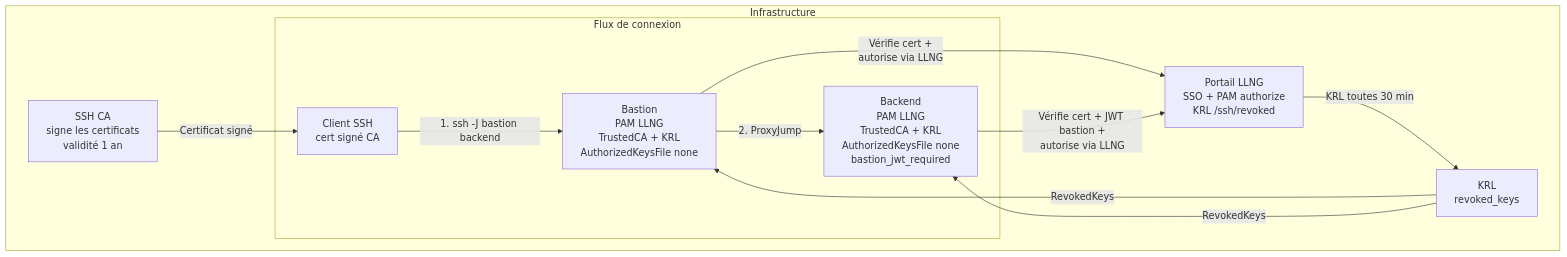
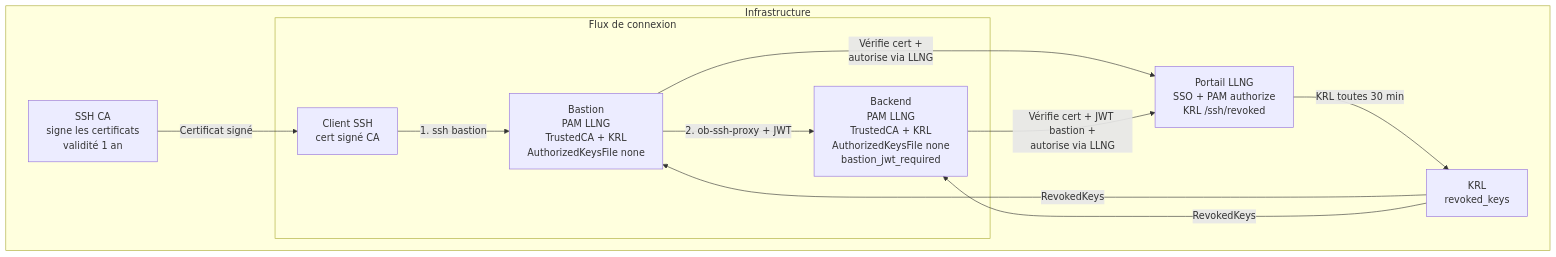
The first of 5 diagrams in doc/security/02-ssh-connection.md (linagora/open-bastion), drawn with Mermaid before and after one commit. The commit also changed other lines of this file and 1 other file, not shown here.

First line of the commit message:
Fix ProxyJump references: use ob-ssh-proxy in Mode E

````diff
--- a/doc/security/02-ssh-connection.md
+++ b/doc/security/02-ssh-connection.md
@@ -33,22 +33,22 @@
 ```mermaid
 flowchart TB
     subgraph Infrastructure
         CA[SSH CA<br/>signe les certificats<br/>validité 1 an]
         LLNG[Portail LLNG<br/>SSO + PAM authorize<br/>KRL /ssh/revoked]
         KRL[KRL<br/>revoked_keys]
 
         CA -->|Certificat signé| Client
 
         subgraph ConnectionFlow["Flux de connexion"]
-            Client[Client SSH<br/>cert signé CA] -->|1. ssh -J bastion backend| Bastion[Bastion<br/>PAM LLNG<br/>TrustedCA + KRL<br/>AuthorizedKeysFile none]
-            Bastion -->|2. ProxyJump| Backend[Backend<br/>PAM LLNG<br/>TrustedCA + KRL<br/>AuthorizedKeysFile none<br/>bastion_jwt_required]
+            Client[Client SSH<br/>cert signé CA] -->|1. ssh bastion| Bastion[Bastion<br/>PAM LLNG<br/>TrustedCA + KRL<br/>AuthorizedKeysFile none]
+            Bastion -->|2. ob-ssh-proxy + JWT| Backend[Backend<br/>PAM LLNG<br/>TrustedCA + KRL<br/>AuthorizedKeysFile none<br/>bastion_jwt_required]
         end
 
         LLNG -->|KRL toutes 30 min| KRL
         KRL -->|RevokedKeys| Bastion
         KRL -->|RevokedKeys| Backend
 
         Bastion -->|Vérifie cert +<br/>autorise via LLNG| LLNG
         Backend -->|Vérifie cert + JWT bastion +<br/>autorise via LLNG| LLNG
     end
 ```
````
